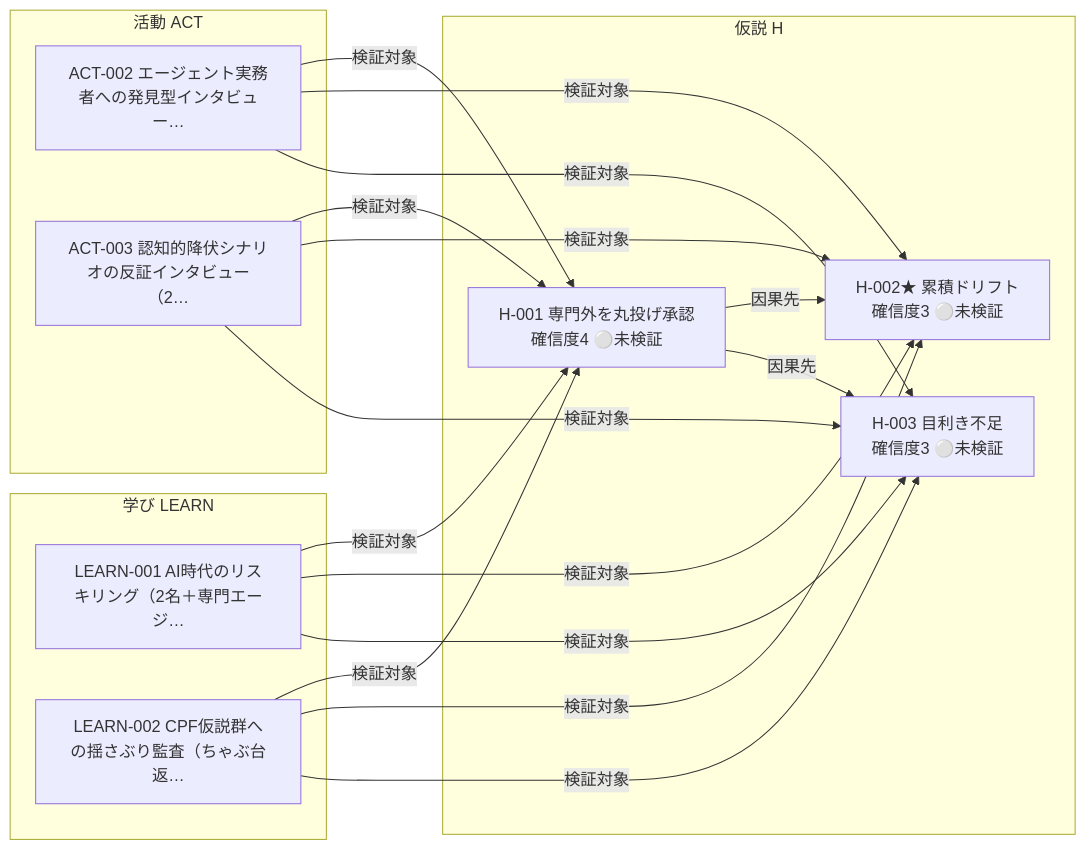
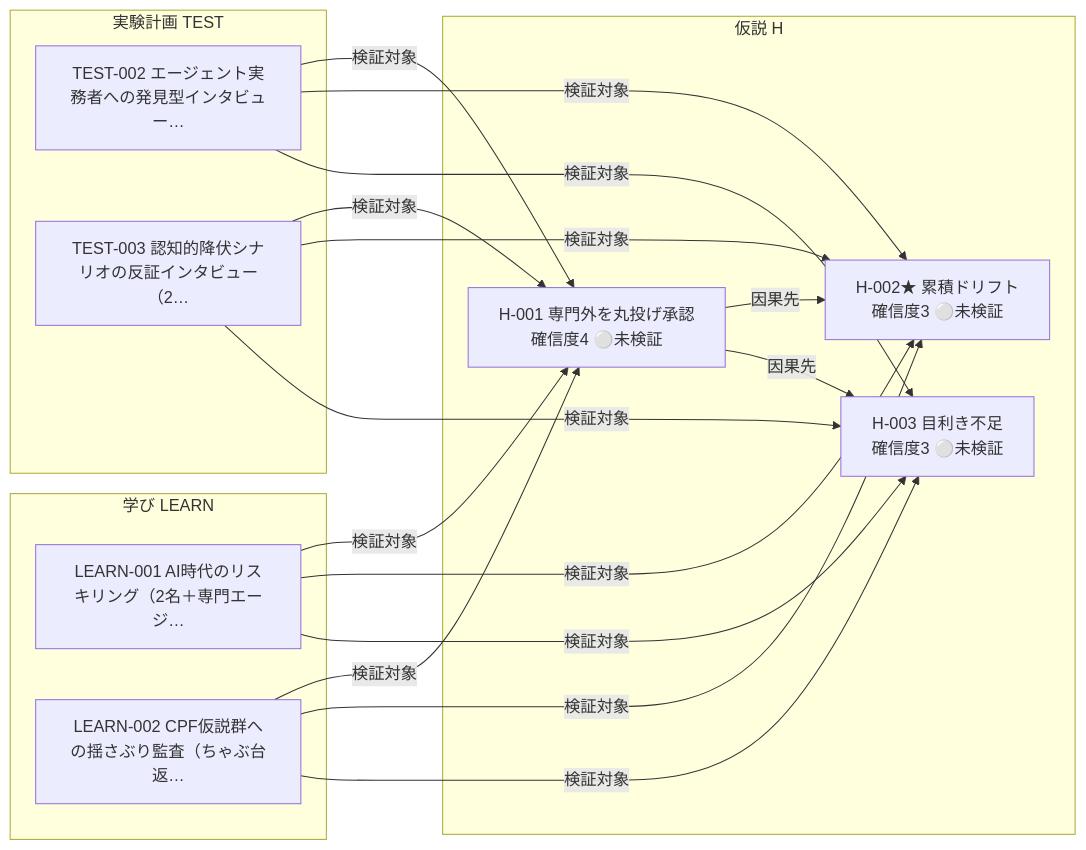
The diagram in projects/ai-reskilling/wiki/views/relations.md (haru01/hypothesis-wiki), drawn with Mermaid before and after one commit. The commit also changed other lines of this file and 77 other files, not shown here.

First line of the commit message:
レコード種別 ACT を TEST に改名し日本語ラベルを「実験計画」に統一 (#29)

````diff
--- a/projects/ai-reskilling/wiki/views/relations.md
+++ b/projects/ai-reskilling/wiki/views/relations.md
@@ -9,30 +9,30 @@
 ```mermaid
 flowchart LR
     subgraph H["仮説 H"]
       AIRE_H_001["H-001 専門外を丸投げ承認<br/>確信度4 ⚪未検証"]
       AIRE_H_002["H-002★ 累積ドリフト<br/>確信度3 ⚪未検証"]
       AIRE_H_003["H-003 目利き不足<br/>確信度3 ⚪未検証"]
     end
-    subgraph ACT["活動 ACT"]
-      AIRE_ACT_002["ACT-002 エージェント実務者への発見型インタビュー…"]
-      AIRE_ACT_003["ACT-003 認知的降伏シナリオの反証インタビュー（2…"]
+    subgraph TEST["実験計画 TEST"]
+      AIRE_TEST_002["TEST-002 エージェント実務者への発見型インタビュー…"]
+      AIRE_TEST_003["TEST-003 認知的降伏シナリオの反証インタビュー（2…"]
     end
     subgraph LEARN["学び LEARN"]
       AIRE_LEARN_001["LEARN-001 AI時代のリスキリング（2名＋専門エージ…"]
       AIRE_LEARN_002["LEARN-002 CPF仮説群への揺さぶり監査（ちゃぶ台返…"]
     end
     AIRE_H_001 -->|因果先| AIRE_H_002
     AIRE_H_001 -->|因果先| AIRE_H_003
-    AIRE_ACT_002 -->|検証対象| AIRE_H_001
-    AIRE_ACT_002 -->|検証対象| AIRE_H_002
-    AIRE_ACT_002 -->|検証対象| AIRE_H_003
-    AIRE_ACT_003 -->|検証対象| AIRE_H_001
-    AIRE_ACT_003 -->|検証対象| AIRE_H_002
-    AIRE_ACT_003 -->|検証対象| AIRE_H_003
+    AIRE_TEST_002 -->|検証対象| AIRE_H_001
+    AIRE_TEST_002 -->|検証対象| AIRE_H_002
+    AIRE_TEST_002 -->|検証対象| AIRE_H_003
+    AIRE_TEST_003 -->|検証対象| AIRE_H_001
+    AIRE_TEST_003 -->|検証対象| AIRE_H_002
+    AIRE_TEST_003 -->|検証対象| AIRE_H_003
     AIRE_LEARN_001 -->|検証対象| AIRE_H_001
     AIRE_LEARN_001 -->|検証対象| AIRE_H_002
     AIRE_LEARN_001 -->|検証対象| AIRE_H_003
     AIRE_LEARN_002 -->|検証対象| AIRE_H_001
     AIRE_LEARN_002 -->|検証対象| AIRE_H_002
     AIRE_LEARN_002 -->|検証対象| AIRE_H_003
 ```
````
